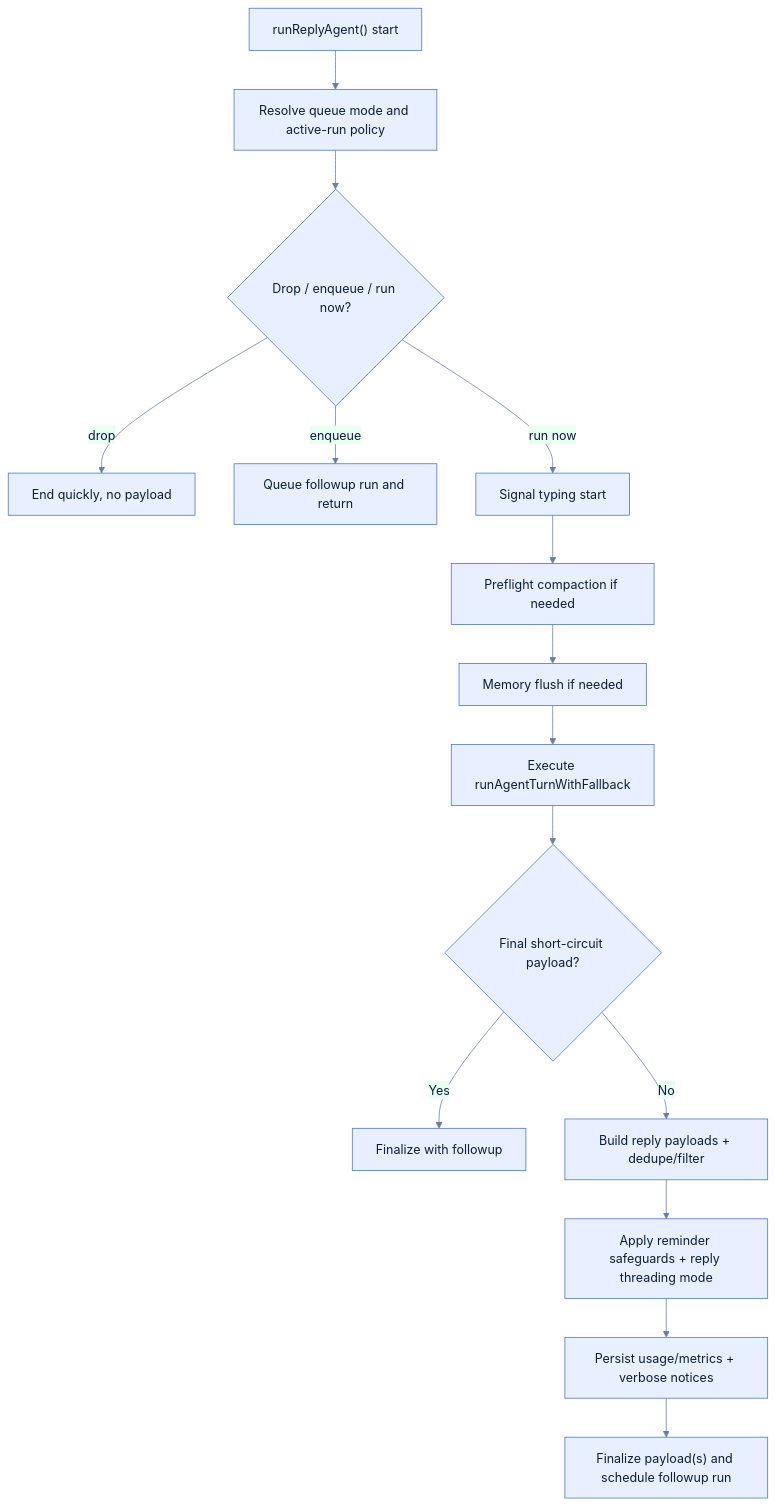
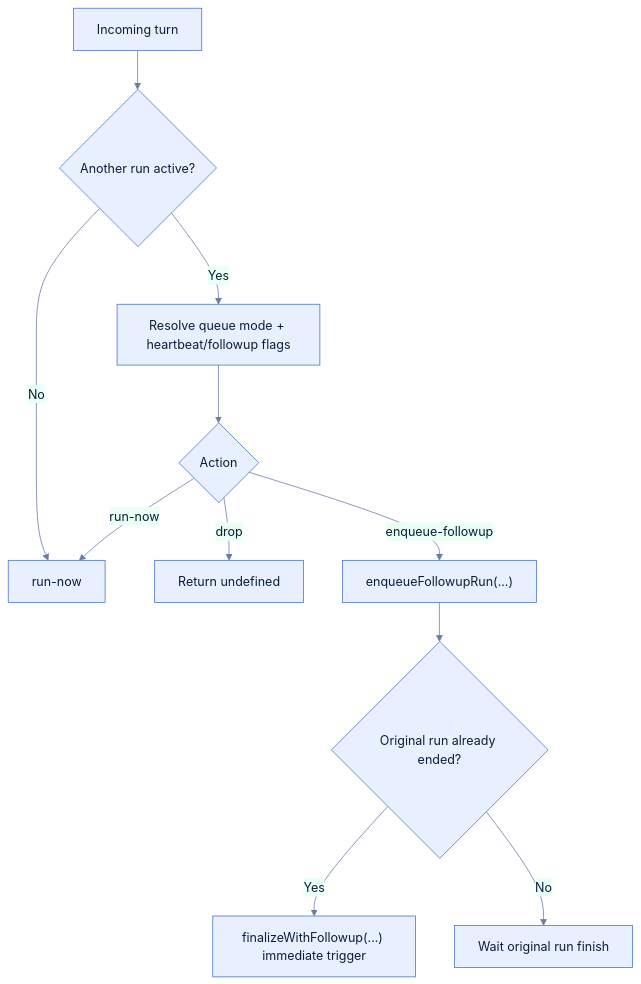
One commit to louisdevzz/foxfang changed the second of 6 diagrams in docs/architecture/agent-loop-runtime.md. Above: the diagram before and after it, drawn with Mermaid. The commit also changed other lines of this file and 54 other files, not shown here.

````diff
--- a/docs/architecture/agent-loop-runtime.md
+++ b/docs/architecture/agent-loop-runtime.md
@@ -34,18 +40,14 @@
 ```mermaid
 %%{init: {'theme':'base','themeVariables': {'primaryColor':'#E8F0FF','primaryTextColor':'#0B1F3A','primaryBorderColor':'#4B74C9','lineColor':'#6B7DA3','secondaryColor':'#E9FFF4','tertiaryColor':'#FFF4E6','fontFamily':'Inter, system-ui, sans-serif'}}}%%
 flowchart TD
-    R0["runReplyAgent() start"] --> R1["Resolve queue mode and active-run policy"]
-    R1 --> R2{"Drop / enqueue / run now?"}
-    R2 -- "drop" --> R3["End quickly, no payload"]
-    R2 -- "enqueue" --> R4["Queue followup run and return"]
-    R2 -- "run now" --> R5["Signal typing start"]
-    R5 --> R6["Preflight compaction if needed"]
-    R6 --> R7["Memory flush if needed"]
-    R7 --> R8["Execute runAgentTurnWithFallback"]
-    R8 --> R9{"Final short-circuit payload?"}
-    R9 -- "Yes" --> R10["Finalize with followup"]
-    R9 -- "No" --> R11["Build reply payloads + dedupe/filter"]
-    R11 --> R12["Apply reminder safeguards + reply threading mode"]
-    R12 --> R13["Persist usage/metrics + verbose notices"]
-    R13 --> R14["Finalize payload(s) and schedule followup run"]
+    Q0["Incoming turn"] --> Q1{"Another run active?"}
+    Q1 -- "No" --> Q2["run-now"]
+    Q1 -- "Yes" --> Q3["Resolve queue mode + heartbeat/followup flags"]
+    Q3 --> Q4{"Action"}
+    Q4 -- "drop" --> Q5["Return undefined"]
+    Q4 -- "enqueue-followup" --> Q6["enqueueFollowupRun(...)"]
+    Q6 --> Q7{"Original run already ended?"}
+    Q7 -- "Yes" --> Q8["finalizeWithFollowup(...) immediate trigger"]
+    Q7 -- "No" --> Q9["Wait original run finish"]
+    Q4 -- "run-now" --> Q2
 ```
````
